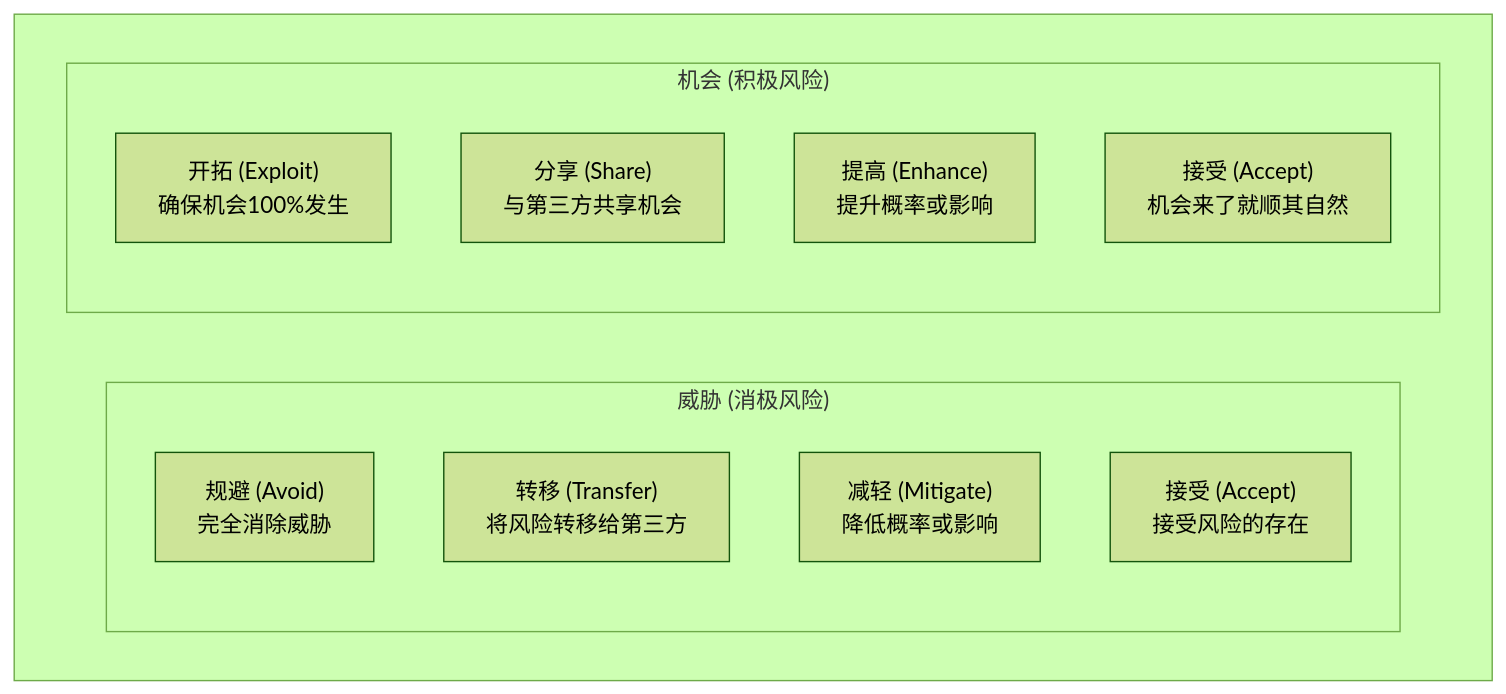
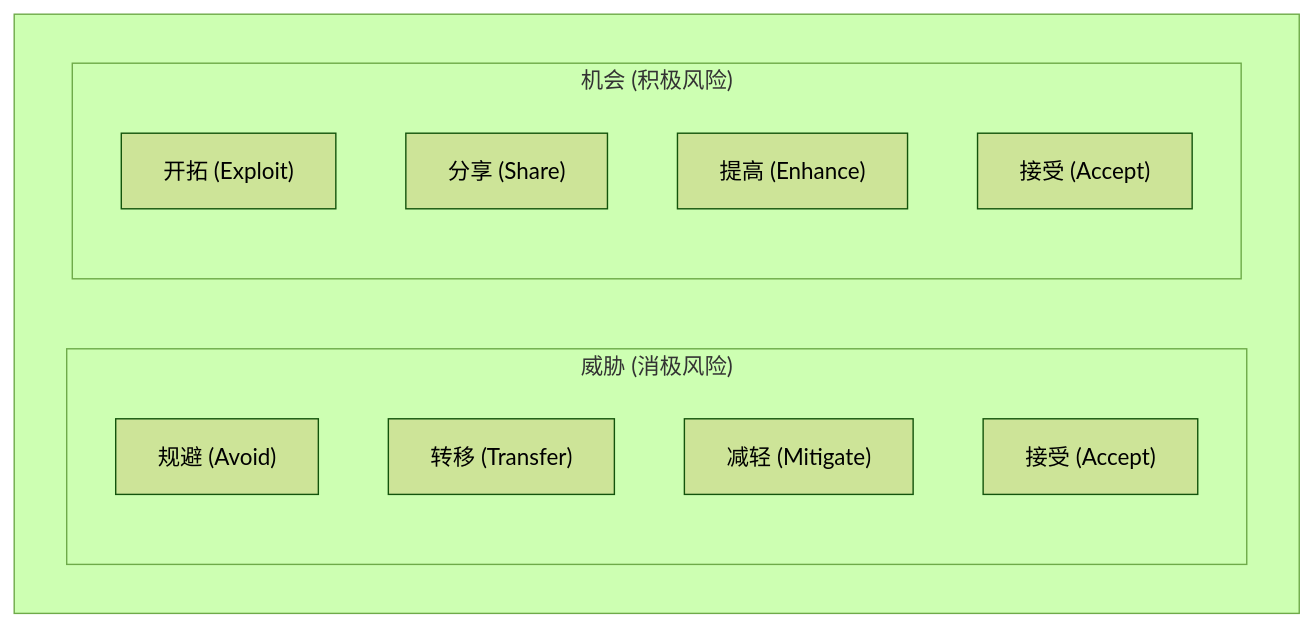
The fourth of 4 diagrams in notes/02-过程域核心考点精解.md (7kolor/pmp-notes), drawn with Mermaid (forest theme) before and after one commit. The commit also changed other lines of this file and 6 other files, not shown here.

First line of the commit message:
fix: 修复图表显示、标题和格式问题

````diff
--- a/notes/02-过程域核心考点精解.md
+++ b/notes/02-过程域核心考点精解.md
@@ -272,18 +201,18 @@
 ```mermaid
 graph TD
     subgraph " "
         direction LR
         subgraph "威胁 (消极风险)"
-            A1["规避 (Avoid)<br>完全消除威胁"]
-            A2["转移 (Transfer)<br>将风险转移给第三方"]
-            A3["减轻 (Mitigate)<br>降低概率或影响"]
-            A4["接受 (Accept)<br>接受风险的存在"]
+            A1["规避 (Avoid)"]
+            A2["转移 (Transfer)"]
+            A3["减轻 (Mitigate)"]
+            A4["接受 (Accept)"]
         end
         subgraph "机会 (积极风险)"
-            O1["开拓 (Exploit)<br>确保机会100%发生"]
-            O2["分享 (Share)<br>与第三方共享机会"]
-            O3["提高 (Enhance)<br>提升概率或影响"]
-            O4["接受 (Accept)<br>机会来了就顺其自然"]
+            O1["开拓 (Exploit)"]
+            O2["分享 (Share)"]
+            O3["提高 (Enhance)"]
+            O4["接受 (Accept)"]
         end
     end
 ```
````
